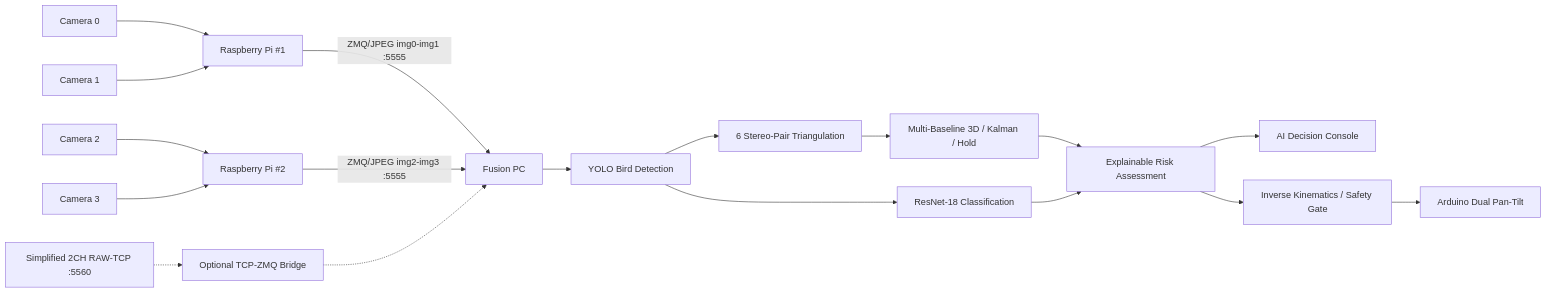
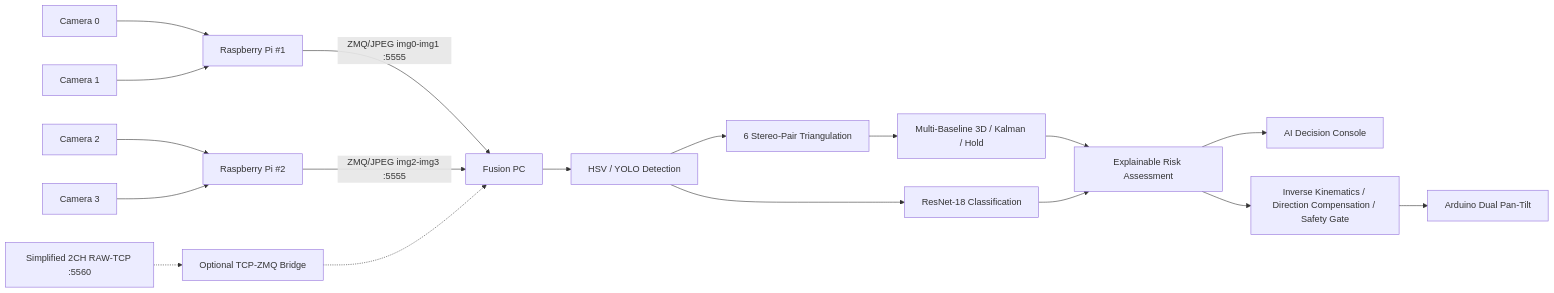
Before and after one commit to Kimjw2024/2026ESWContest_free_AEGIS: the first of 2 diagrams in README.md, drawn with Mermaid. The commit also changed other lines of this file, not shown here.

````diff
--- a/README.md
+++ b/README.md
@@ -82,23 +82,23 @@
 ```mermaid
 flowchart LR
     C0["Camera 0"] --> R1["Raspberry Pi #1"]
     C1["Camera 1"] --> R1
     C2["Camera 2"] --> R2["Raspberry Pi #2"]
     C3["Camera 3"] --> R2
 
     R1 -->|"ZMQ/JPEG img0-img1 :5555"| F["Fusion PC"]
     R2 -->|"ZMQ/JPEG img2-img3 :5555"| F
 
-    F --> D["YOLO Bird Detection"]
+    F --> D["HSV / YOLO Detection"]
     D --> G["6 Stereo-Pair Triangulation"]
     G --> T["Multi-Baseline 3D / Kalman / Hold"]
     D --> C["ResNet-18 Classification"]
     T --> R["Explainable Risk Assessment"]
     C --> R
     R --> U["AI Decision Console"]
-    R --> K["Inverse Kinematics / Safety Gate"]
+    R --> K["Inverse Kinematics / Direction Compensation / Safety Gate"]
     K --> A["Arduino Dual Pan-Tilt"]
 
     X["Simplified 2CH RAW-TCP :5560"] -.-> B["Optional TCP-ZMQ Bridge"]
     B -.-> F
 ```
````
